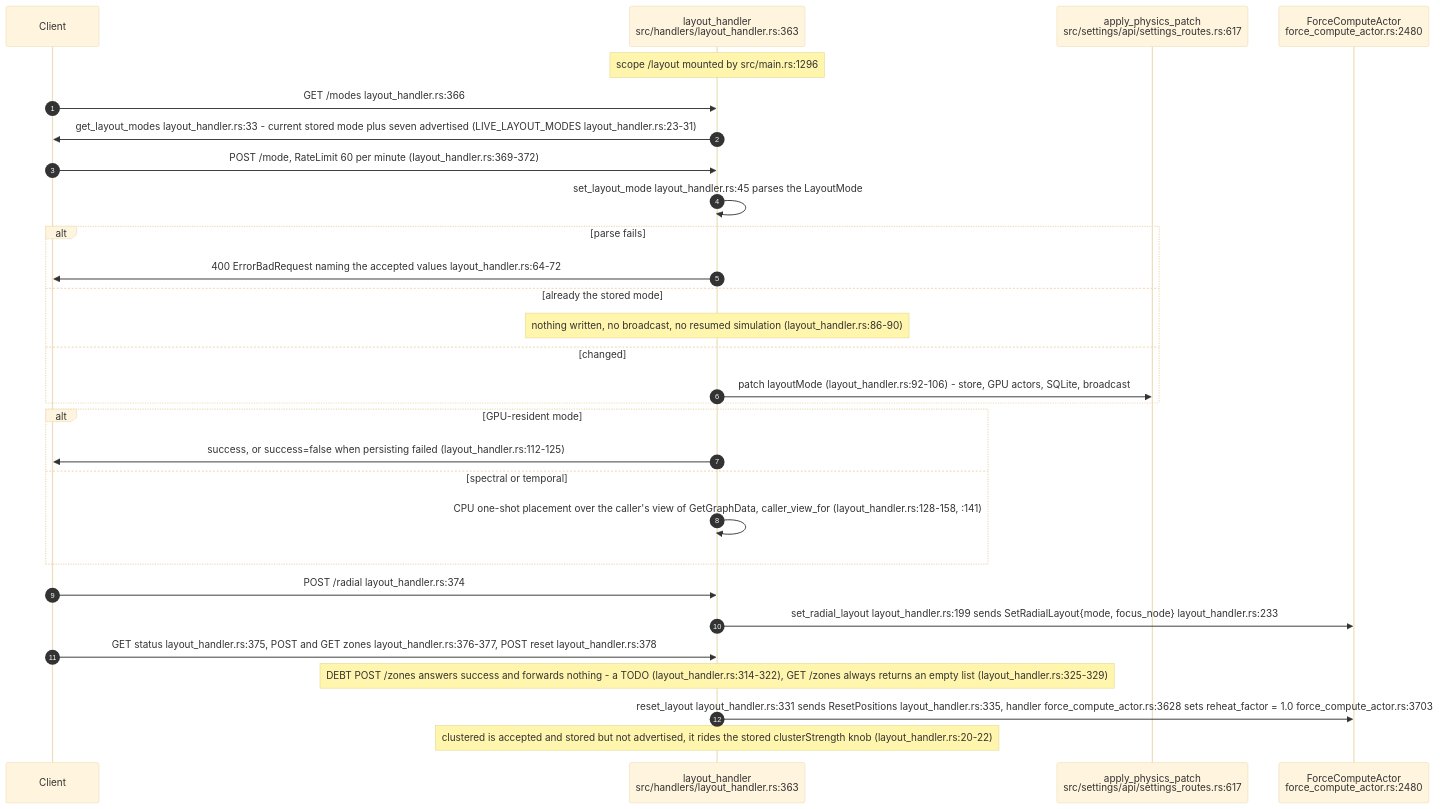
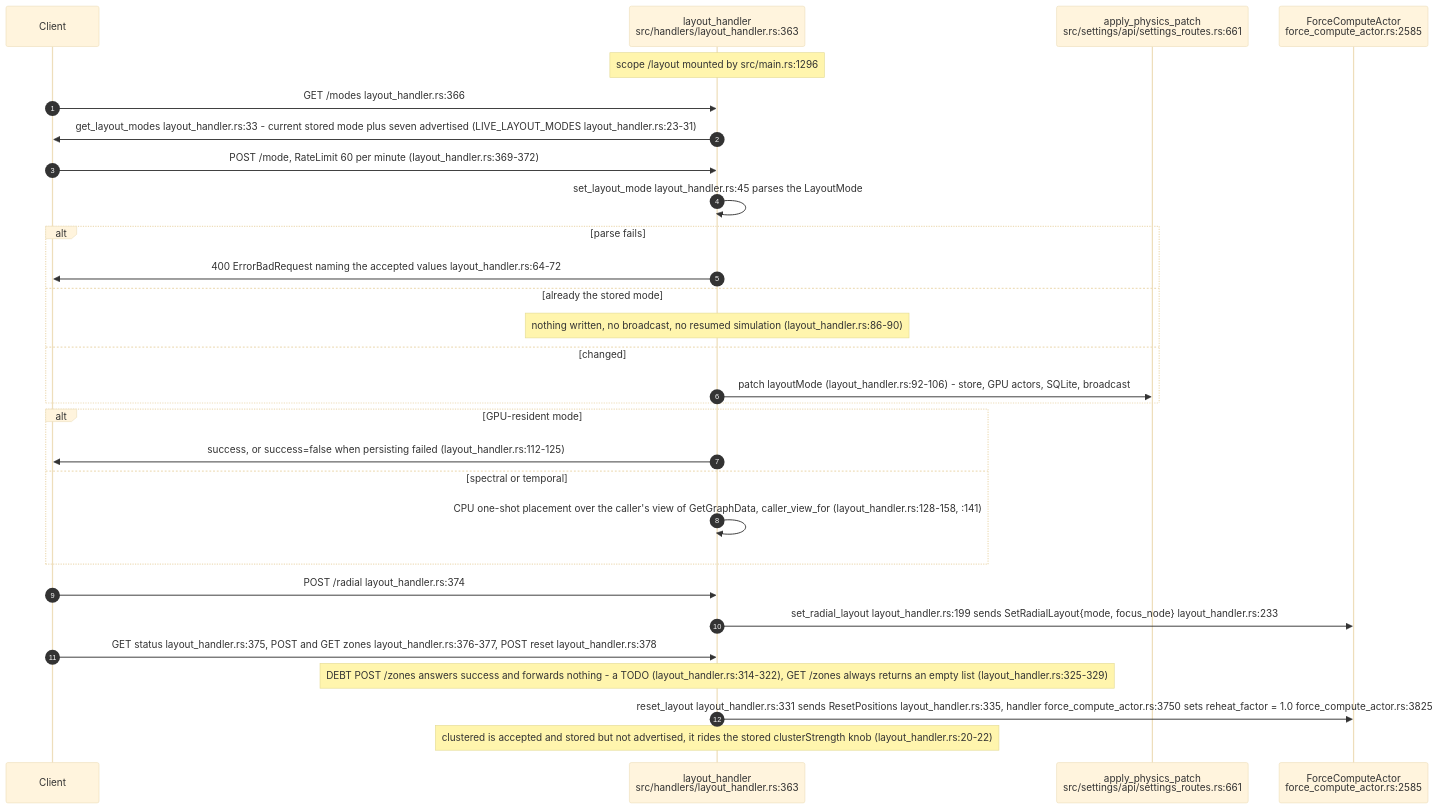
Before and after one commit to DreamLab-AI/VisionFlow: the fifth of 8 diagrams in docs/diagrams/visionclaw/16-interaction-drag-pin-layout.md, drawn with Mermaid (base theme). The commit also changed other lines of this file and 81 other files, not shown here.

First line of the commit message:
docs(diagrams): roll VisionClaw topics to main 010e1109b (PR 37 and 38 merged); fix remaining prose citations

````diff
--- a/docs/diagrams/visionclaw/16-interaction-drag-pin-layout.md
+++ b/docs/diagrams/visionclaw/16-interaction-drag-pin-layout.md
@@ -188,32 +188,32 @@
 ```mermaid
 sequenceDiagram
     autonumber
     participant C as Client
     participant LH as layout_handler<br/>src/handlers/layout_handler.rs:363
-    participant APP as apply_physics_patch<br/>src/settings/api/settings_routes.rs:617
-    participant FCA as ForceComputeActor<br/>force_compute_actor.rs:2480
+    participant APP as apply_physics_patch<br/>src/settings/api/settings_routes.rs:661
+    participant FCA as ForceComputeActor<br/>force_compute_actor.rs:2585
 
     Note over LH: scope /layout mounted by src/main.rs:1296
     C->>LH: GET /modes layout_handler.rs:366
     LH->>C: get_layout_modes layout_handler.rs:33 - current stored mode plus seven advertised (LIVE_LAYOUT_MODES layout_handler.rs:23-31)
     C->>LH: POST /mode, RateLimit 60 per minute (layout_handler.rs:369-372)
     LH->>LH: set_layout_mode layout_handler.rs:45 parses the LayoutMode
     alt parse fails
         LH->>C: 400 ErrorBadRequest naming the accepted values layout_handler.rs:64-72
     else already the stored mode
         Note over LH: nothing written, no broadcast, no resumed simulation (layout_handler.rs:86-90)
     else changed
         LH->>APP: patch layoutMode (layout_handler.rs:92-106) - store, GPU actors, SQLite, broadcast
     end
     alt GPU-resident mode
         LH->>C: success, or success=false when persisting failed (layout_handler.rs:112-125)
     else spectral or temporal
         LH->>LH: CPU one-shot placement over the caller's view of GetGraphData, caller_view_for (layout_handler.rs:128-158, :141)
     end
     C->>LH: POST /radial layout_handler.rs:374
     LH->>FCA: set_radial_layout layout_handler.rs:199 sends SetRadialLayout{mode, focus_node} layout_handler.rs:233
     C->>LH: GET status layout_handler.rs:375, POST and GET zones layout_handler.rs:376-377, POST reset layout_handler.rs:378
     Note over LH: DEBT POST /zones answers success and forwards nothing - a TODO (layout_handler.rs:314-322), GET /zones always returns an empty list (layout_handler.rs:325-329)
-    LH->>FCA: reset_layout layout_handler.rs:331 sends ResetPositions layout_handler.rs:335, handler force_compute_actor.rs:3628 sets reheat_factor = 1.0 force_compute_actor.rs:3703
+    LH->>FCA: reset_layout layout_handler.rs:331 sends ResetPositions layout_handler.rs:335, handler force_compute_actor.rs:3750 sets reheat_factor = 1.0 force_compute_actor.rs:3825
     Note over LH: clustered is accepted and stored but not advertised, it rides the stored clusterStrength knob (layout_handler.rs:20-22)
 ```
````
